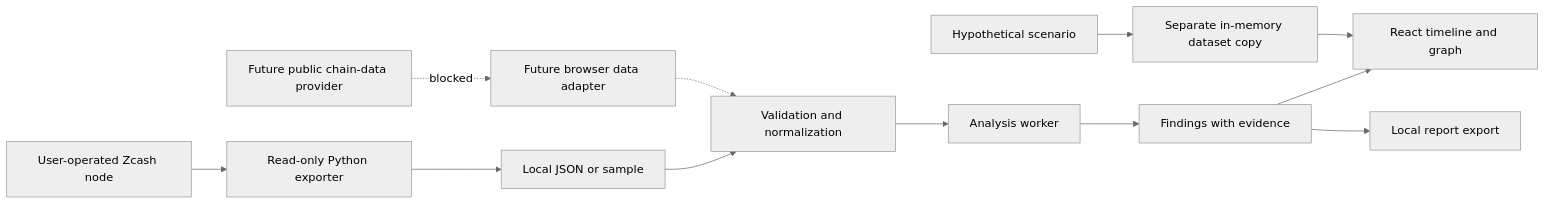
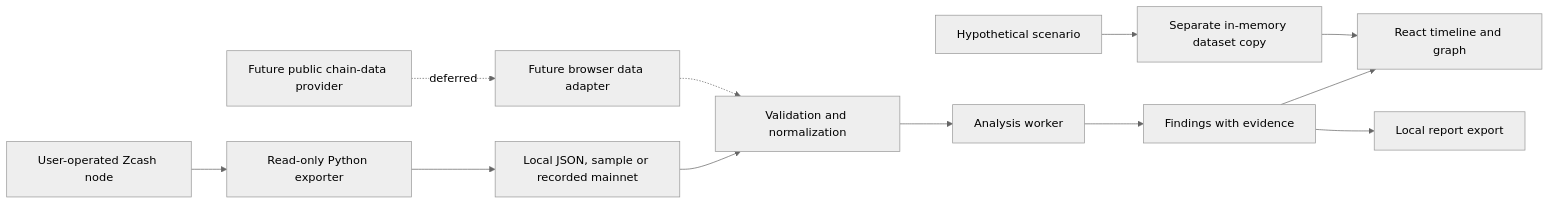
The diagram in ARCHITECTURE.md (techbone/Ostrakon), drawn with Mermaid (neutral theme) before and after one commit. The commit also changed other lines of this file and 10 other files, not shown here.

````diff
--- a/ARCHITECTURE.md
+++ b/ARCHITECTURE.md
@@ -33,14 +34,14 @@
 ```mermaid
 flowchart LR
-  A[Future public chain-data provider] -. blocked .-> B[Future browser data adapter]
-  C[Local JSON or sample] --> D[Validation and normalization]
+  A[Future public chain-data provider] -. deferred .-> B[Future browser data adapter]
+  C[Local JSON, sample or recorded mainnet] --> D[Validation and normalization]
   K[User-operated Zcash node] --> L[Read-only Python exporter]
   L --> C
   B -.-> D
   D --> E[Analysis worker]
   E --> F[Findings with evidence]
   F --> G[React timeline and graph]
   F --> H[Local report export]
   I[Hypothetical scenario] --> J[Separate in-memory dataset copy]
   J --> G
 ```
````
